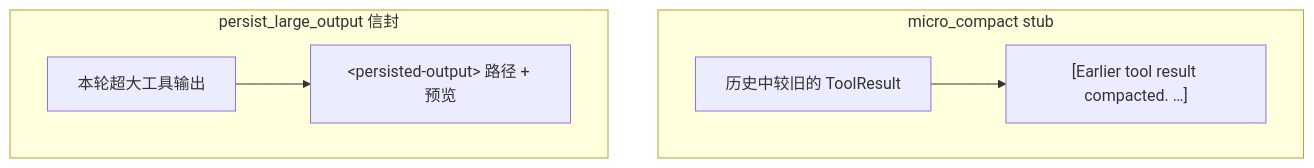
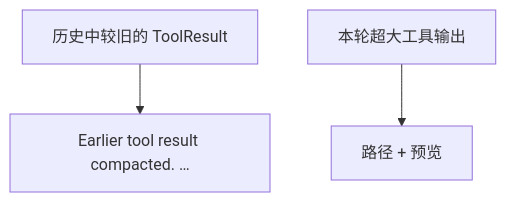
Diagram 13 of 15 in book/05_chapter_compact_zh.md (rust-infra/tact), drawn with Mermaid before and after one commit. The commit also changed other lines of this file and 303 other files, not shown here.

````diff
--- a/book/05_chapter_compact_zh.md
+++ b/book/05_chapter_compact_zh.md
@@ -652,14 +600,5 @@
 ```mermaid
-flowchart TB
-    subgraph Micro["micro_compact stub"]
-        M1[历史中较旧的 ToolResult]
-        M2["[Earlier tool result compacted. …]"]
-        M1 --> M2
-    end
-
-    subgraph Spill["persist_large_output 信封"]
-        S1[本轮超大工具输出]
-        S2["&lt;persisted-output&gt; 路径 + 预览"]
-        S1 --> S2
-    end
+graph TB
+    a_m1[历史中较旧的 ToolResult] --> b_m2[Earlier tool result compacted. …]
+    c_s1[本轮超大工具输出] --> d_s2[<persisted-output> 路径 + 预览]
 ```
````
